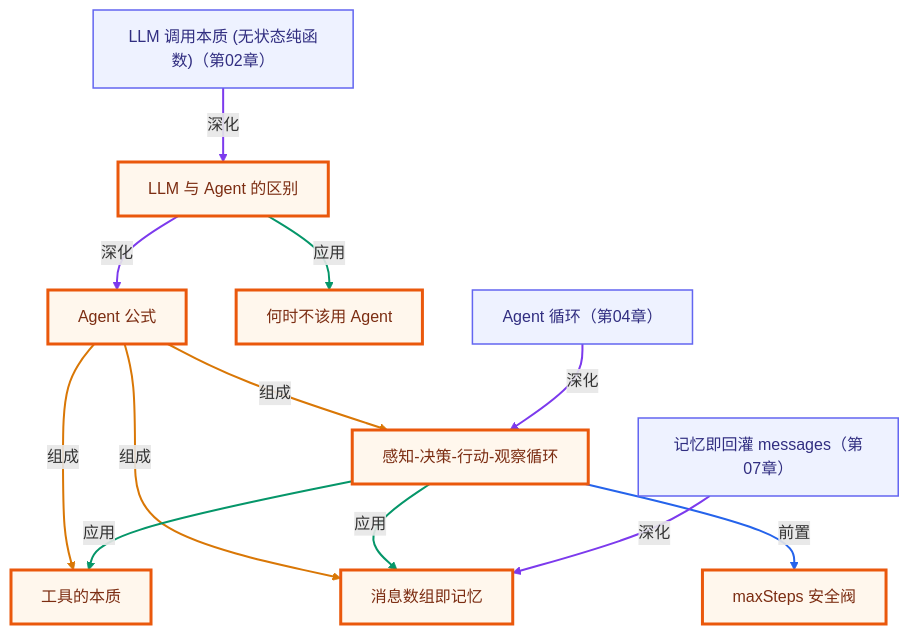
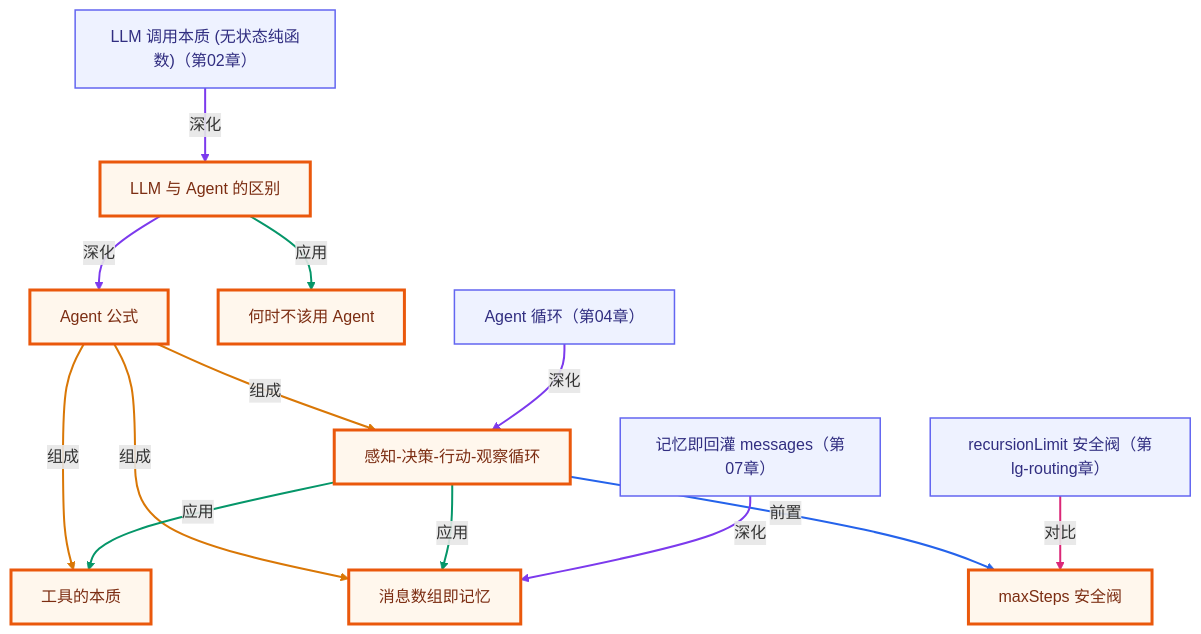
One commit to songuu/agent changed the second of 2 diagrams in lessons/01-what-is-an-agent/README.md. Above: the diagram before and after it, drawn with Mermaid. The commit also changed other lines of this file and 58 other files, not shown here.

````diff
--- a/lessons/01-what-is-an-agent/README.md
+++ b/lessons/01-what-is-an-agent/README.md
@@ -227,39 +227,42 @@
 ```mermaid
 graph TB
   classDef own fill:#fff7ed,stroke:#ea580c,stroke-width:3px,color:#7c2d12;
   classDef cross fill:#eef2ff,stroke:#6366f1,stroke-width:1.5px,color:#312e81;
   n_c01_llm_vs_agent["LLM 与 Agent 的区别"]
   n_c01_agent_formula["Agent 公式"]
   n_c01_react_loop["感知-决策-行动-观察循环"]
   n_c01_tool_as_capability["工具的本质"]
   n_c01_message_memory["消息数组即记忆"]
   n_c01_max_steps["maxSteps 安全阀"]
   n_c01_yagni_when_not_agent["何时不该用 Agent"]
   n_c02_llm_call_pure_function["LLM 调用本质 (无状态纯函数)（第02章）"]
   n_c04_agent_loop["Agent 循环（第04章）"]
   n_c07_conversation_as_array["记忆即回灌 messages（第07章）"]
+  n_lgrt_recursion_limit["recursionLimit 安全阀（第lg-routing章）"]
   n_c01_llm_vs_agent -->|深化| n_c01_agent_formula
   n_c01_agent_formula -->|组成| n_c01_react_loop
   n_c01_agent_formula -->|组成| n_c01_tool_as_capability
   n_c01_agent_formula -->|组成| n_c01_message_memory
   n_c01_react_loop -->|应用| n_c01_tool_as_capability
   n_c01_react_loop -->|应用| n_c01_message_memory
   n_c01_react_loop -->|前置| n_c01_max_steps
   n_c01_llm_vs_agent -->|应用| n_c01_yagni_when_not_agent
   n_c02_llm_call_pure_function -->|深化| n_c01_llm_vs_agent
   n_c04_agent_loop -->|深化| n_c01_react_loop
   n_c07_conversation_as_array -->|深化| n_c01_message_memory
+  n_lgrt_recursion_limit -->|对比| n_c01_max_steps
   class n_c01_llm_vs_agent,n_c01_agent_formula,n_c01_react_loop,n_c01_tool_as_capability,n_c01_message_memory,n_c01_max_steps,n_c01_yagni_when_not_agent own;
-  class n_c02_llm_call_pure_function,n_c04_agent_loop,n_c07_conversation_as_array cross;
+  class n_c02_llm_call_pure_function,n_c04_agent_loop,n_c07_conversation_as_array,n_lgrt_recursion_limit cross;
   linkStyle 0 stroke:#7c3aed,stroke-width:2px;
   linkStyle 1 stroke:#d97706,stroke-width:2px;
   linkStyle 2 stroke:#d97706,stroke-width:2px;
   linkStyle 3 stroke:#d97706,stroke-width:2px;
   linkStyle 4 stroke:#059669,stroke-width:2px;
   linkStyle 5 stroke:#059669,stroke-width:2px;
   linkStyle 6 stroke:#2563eb,stroke-width:2px;
   linkStyle 7 stroke:#059669,stroke-width:2px;
   linkStyle 8 stroke:#7c3aed,stroke-width:2px;
   linkStyle 9 stroke:#7c3aed,stroke-width:2px;
   linkStyle 10 stroke:#7c3aed,stroke-width:2px;
+  linkStyle 11 stroke:#db2777,stroke-width:2px;
 ```
````
